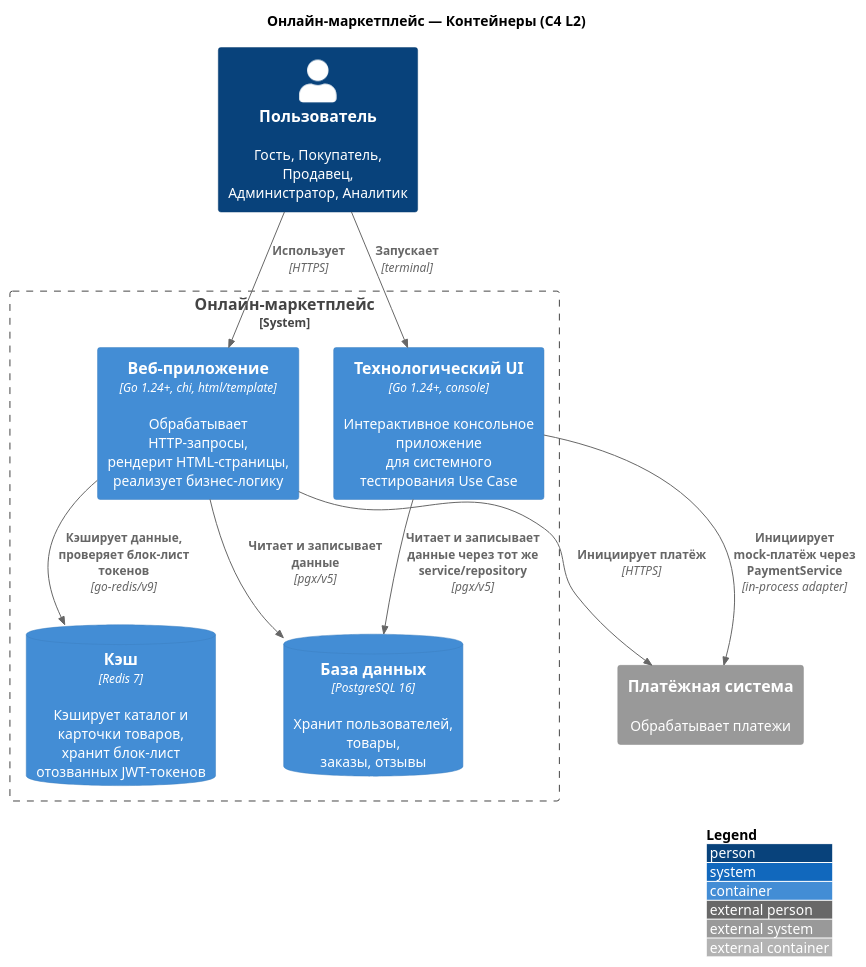
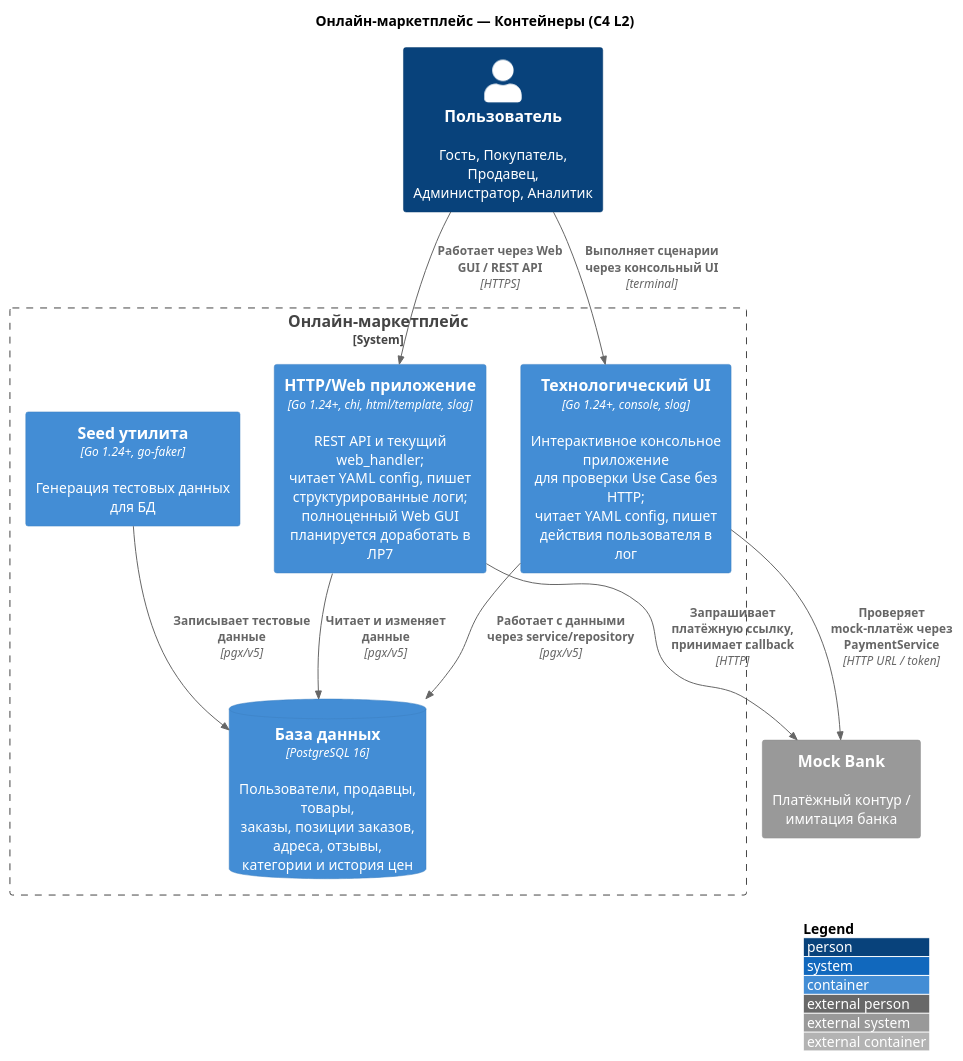
The diagram in diagrams/src/C4_L2.puml (beastixq/marketplace), drawn with PlantUML before and after one commit. The commit also changed 14 other files, not shown here.

Commit message:
diagrams(lab6): C4-L1 - L4 updated due to added logging and configuration. ER fixed due to schema changes.

```diff
--- a/diagrams/src/C4_L2.puml
+++ b/diagrams/src/C4_L2.puml
@@ -1,27 +1,29 @@
 @startuml C4_L2
 !include <C4/C4_Container>
 
 title Онлайн-маркетплейс — Контейнеры (C4 L2)
 
-Person(user, "Пользователь", "Гость, Покупатель, Продавец,\nАдминистратор, Аналитик")
+Person(webUser, "Пользователь", "Гость, Покупатель, Продавец,\nАдминистратор, Аналитик")
 
-System_Ext(bank, "Платёжная система", "Обрабатывает платежи")
+System_Ext(bank, "Mock Bank", "Платёжный контур / имитация банка")
 
 System_Boundary(marketplace, "Онлайн-маркетплейс") {
-    Container(webapp, "Веб-приложение", "Go 1.24+, chi, html/template", "Обрабатывает HTTP-запросы,\nрендерит HTML-страницы,\nреализует бизнес-логику")
-    Container(techui, "Технологический UI", "Go 1.24+, console", "Интерактивное консольное приложение\nдля системного тестирования Use Case")
-    ContainerDb(postgres, "База данных", "PostgreSQL 16", "Хранит пользователей, товары,\nзаказы, отзывы")
-    ContainerDb(redis, "Кэш", "Redis 7", "Кэширует каталог и карточки товаров,\nхранит блок-лист отозванных JWT-токенов")
+    Container(api, "HTTP/Web приложение", "Go 1.24+, chi, html/template, slog", "REST API и текущий web_handler;\nчитает YAML config, пишет структурированные логи;\nполноценный Web GUI планируется доработать в ЛР7")
+    Container(techui, "Технологический UI", "Go 1.24+, console, slog", "Интерактивное консольное приложение\nдля проверки Use Case без HTTP;\nчитает YAML config, пишет действия пользователя в лог")
+    Container(seed, "Seed утилита", "Go 1.24+, go-faker", "Генерация тестовых данных для БД")
+    ContainerDb(postgres, "База данных", "PostgreSQL 16", "Пользователи, продавцы, товары,\nзаказы, позиции заказов, адреса, отзывы,\nкатегории и история цен")
 }
 
-Rel(user, webapp, "Использует", "HTTPS")
-Rel(user, techui, "Запускает", "terminal")
-Rel(webapp, postgres, "Читает и записывает данные", "pgx/v5")
-Rel(webapp, redis, "Кэширует данные, проверяет блок-лист токенов", "go-redis/v9")
-Rel(webapp, bank, "Инициирует платёж", "HTTPS")
-Rel(techui, postgres, "Читает и записывает данные через тот же service/repository", "pgx/v5")
-Rel(techui, bank, "Инициирует mock-платёж через PaymentService", "in-process adapter")
+Rel(webUser, api, "Работает через Web GUI / REST API", "HTTPS")
+Rel(webUser, techui, "Выполняет сценарии через консольный UI", "terminal")
+
+Rel(api, postgres, "Читает и изменяет данные", "pgx/v5")
+Rel(techui, postgres, "Работает с данными через service/repository", "pgx/v5")
+Rel(seed, postgres, "Записывает тестовые данные", "pgx/v5")
+
+Rel(api, bank, "Запрашивает платёжную ссылку, принимает callback", "HTTP")
+Rel(techui, bank, "Проверяет mock-платёж через PaymentService", "HTTP URL / token")
 
 LAYOUT_WITH_LEGEND()
 
 @enduml
```
